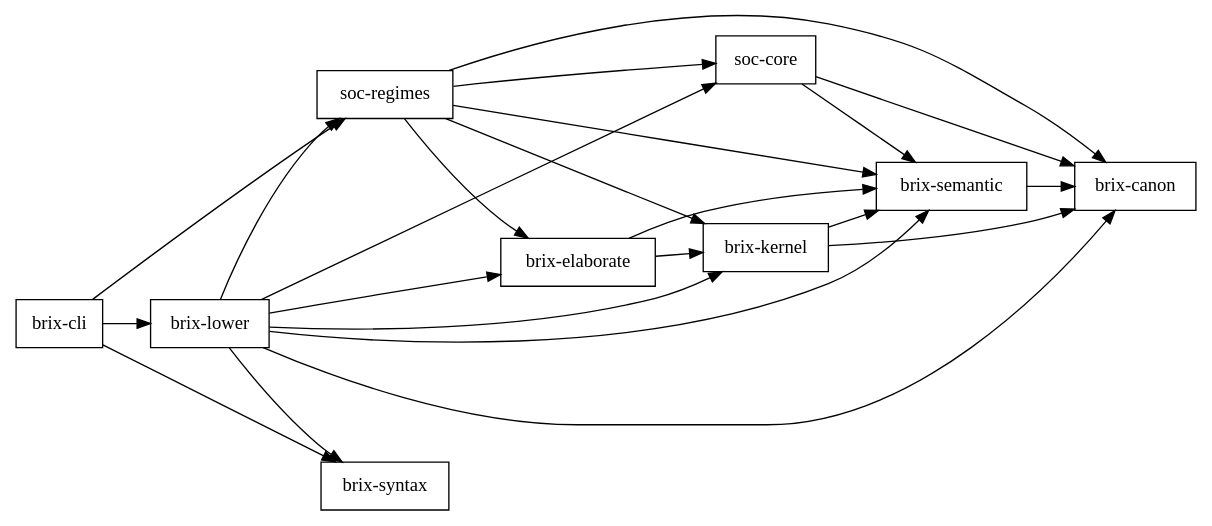
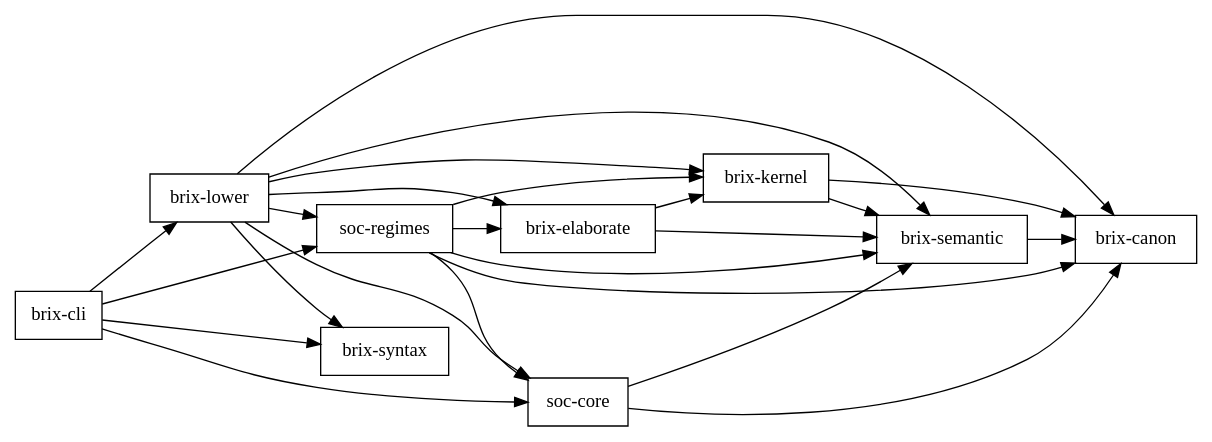
The diagram in docs/audit/issue-63/workspace-dependencies.dot (tbreijm/brixms), drawn with Graphviz before and after one commit. The commit also changed 4 other files, not shown here.

```diff
--- a/docs/audit/issue-63/workspace-dependencies.dot
+++ b/docs/audit/issue-63/workspace-dependencies.dot
@@ -1,35 +1,36 @@
 digraph brixms_workspace {
   rankdir=LR;
   node [shape=box];
   "brix-canon";
   "brix-cli";
   "brix-elaborate";
   "brix-kernel";
   "brix-lower";
   "brix-semantic";
   "brix-syntax";
   "soc-core";
   "soc-regimes";
   "brix-cli" -> "brix-lower";
   "brix-cli" -> "brix-syntax";
+  "brix-cli" -> "soc-core";
   "brix-cli" -> "soc-regimes";
   "brix-elaborate" -> "brix-kernel";
   "brix-elaborate" -> "brix-semantic";
   "brix-kernel" -> "brix-canon";
   "brix-kernel" -> "brix-semantic";
   "brix-lower" -> "brix-canon";
   "brix-lower" -> "brix-elaborate";
   "brix-lower" -> "brix-kernel";
   "brix-lower" -> "brix-semantic";
   "brix-lower" -> "brix-syntax";
   "brix-lower" -> "soc-core";
   "brix-lower" -> "soc-regimes";
   "brix-semantic" -> "brix-canon";
   "soc-core" -> "brix-canon";
   "soc-core" -> "brix-semantic";
   "soc-regimes" -> "brix-canon";
   "soc-regimes" -> "brix-elaborate";
   "soc-regimes" -> "brix-kernel";
   "soc-regimes" -> "brix-semantic";
   "soc-regimes" -> "soc-core";
 }
```
